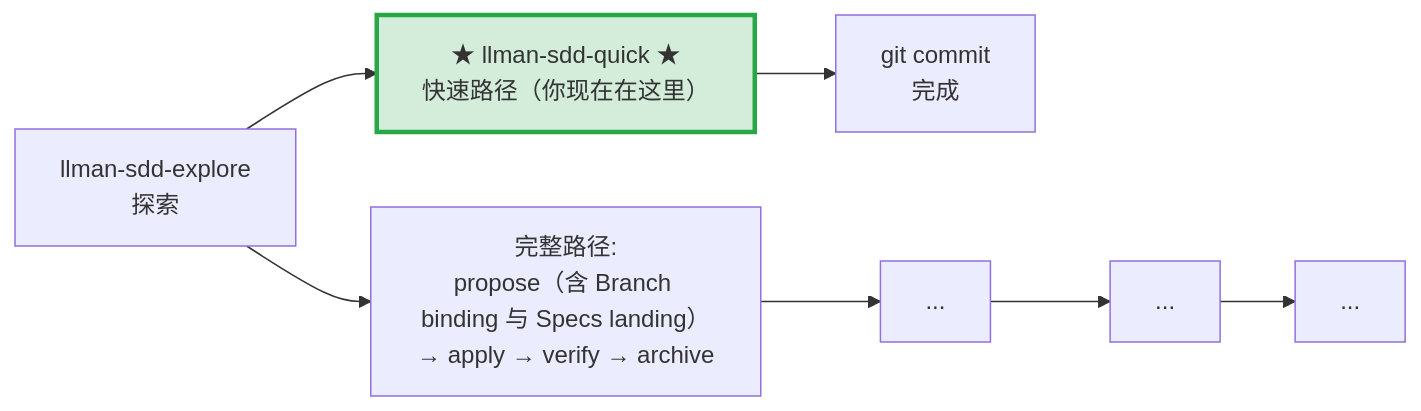
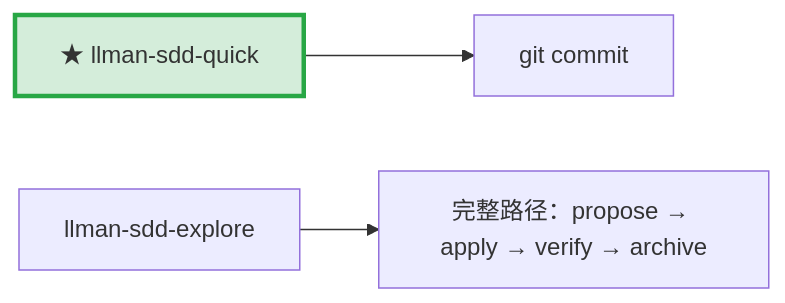
The diagram in .agents/skills/llman-sdd-quick/SKILL.md (StrayDragon/xylitol), drawn with Mermaid before and after one commit. The commit also changed other lines of this file and 13 other files, not shown here.

First line of the commit message:
chore(skills): refresh llman-sdd skills to 0.5.0 official templates (init --update)

````diff
--- a/.agents/skills/llman-sdd-quick/SKILL.md
+++ b/.agents/skills/llman-sdd-quick/SKILL.md
@@ -14,14 +14,7 @@
 ```mermaid
 flowchart LR
-    explore["llman-sdd-explore<br/>探索"] --> quick
-
-    quick["★ llman-sdd-quick ★<br/>快速路径（你现在在这里）"]
-    quick --> commit["git commit<br/>完成"]
-
-    explore --> propose["完整路径:<br/>propose（含 Branch binding 与 Specs landing）→ apply → verify → archive"]
-    propose --> apply["..."]
-    apply --> verify["..."]
-    verify --> archive["..."]
+    quick["★ llman-sdd-quick"] --> commit["git commit"]
+    explore["llman-sdd-explore"] --> propose["完整路径：propose → apply → verify → archive"]
 
     style quick fill:#d4edda,stroke:#28a745,stroke-width:3px
 ```
````
